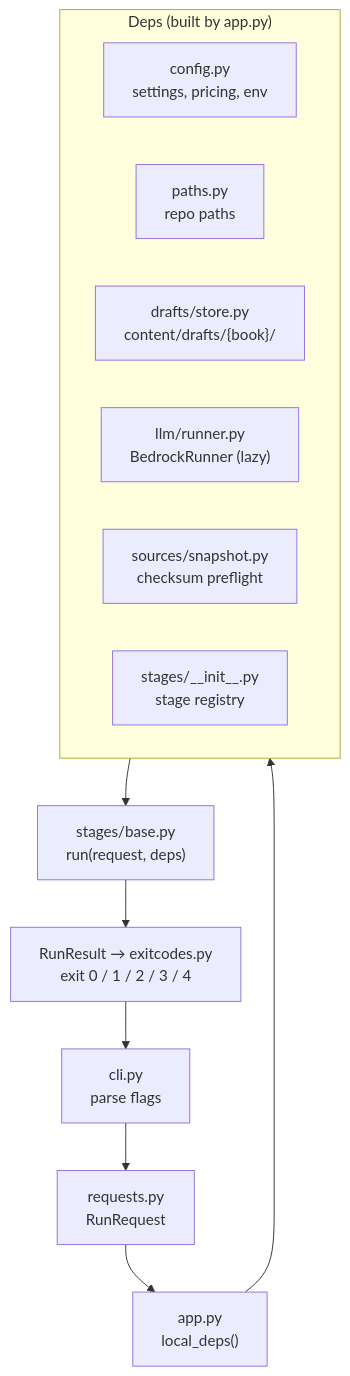
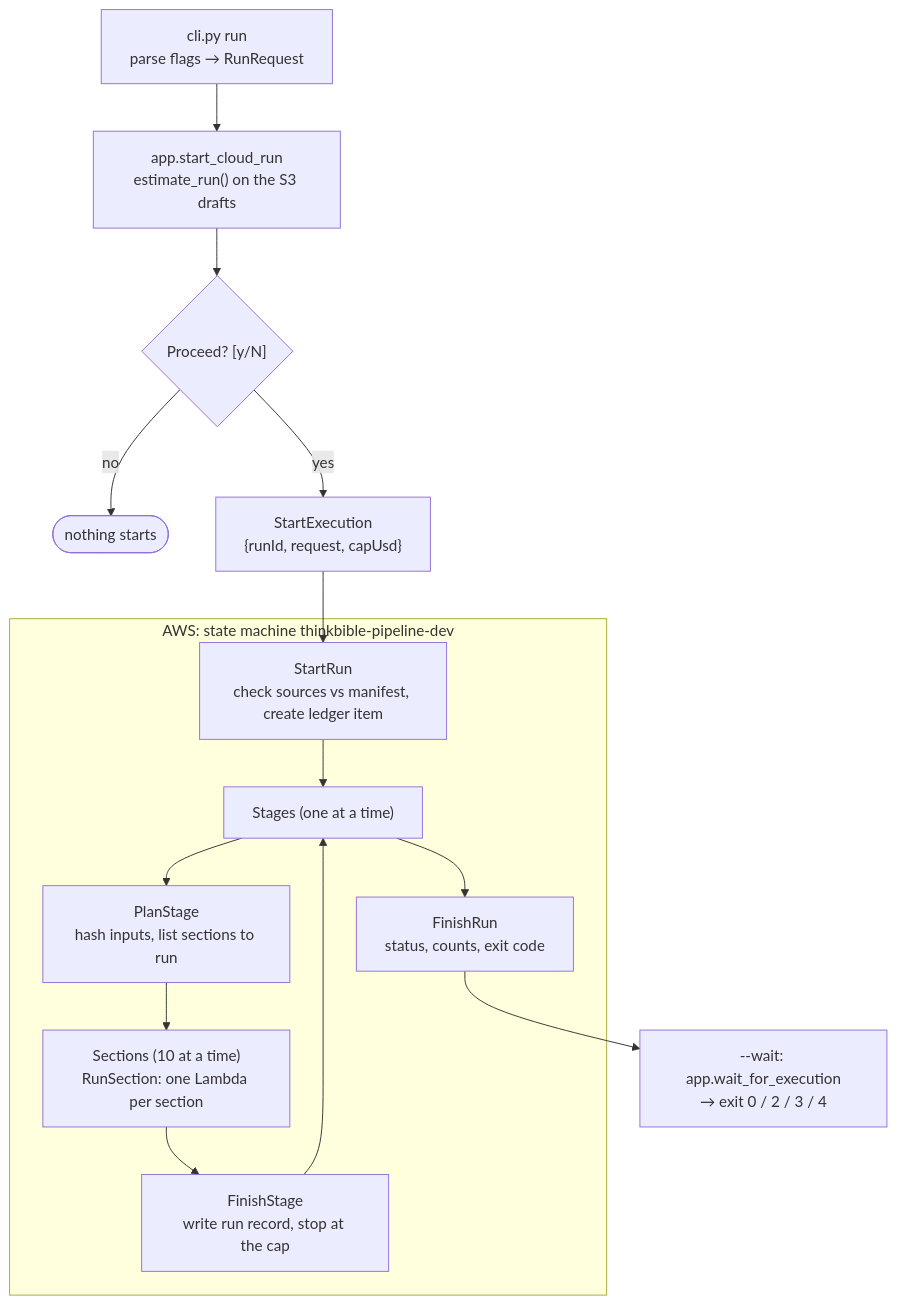
Before and after one commit to austin-english/thinkBible: the first of 2 diagrams in pipeline/src/thinkbible_pipeline/README.md, drawn with Mermaid. The commit also changed other lines of this file and 46 other files, not shown here.

Commit message:
pipeline: cloud runs on Step Functions + Lambda (T087-T094) and infra: storage and pipeline modules, dev env (T037, T093)

````diff
--- a/pipeline/src/thinkbible_pipeline/README.md
+++ b/pipeline/src/thinkbible_pipeline/README.md
@@ -13,19 +12,20 @@
 ```mermaid
 flowchart TD
-    CLI["cli.py<br/>parse flags"] --> REQ["requests.py<br/>RunRequest"]
-    REQ --> APP["app.py<br/>local_deps()"]
+    CLI["cli.py run<br/>parse flags → RunRequest"] --> EST["app.start_cloud_run<br/>estimate_run() on the S3 drafts"]
+    EST --> OK{"Proceed? [y/N]"}
+    OK -- no --> STOP(["nothing starts"])
+    OK -- yes --> SFN["StartExecution<br/>{runId, request, capUsd}"]
 
-    subgraph deps ["Deps (built by app.py)"]
-        CFG["config.py<br/>settings, pricing, env"]
-        PATHS["paths.py<br/>repo paths"]
-        STORE["drafts/store.py<br/>content/drafts/{book}/"]
-        RUNNER["llm/runner.py<br/>BedrockRunner (lazy)"]
-        PRE["sources/snapshot.py<br/>checksum preflight"]
-        REG["stages/__init__.py<br/>stage registry"]
+    subgraph aws ["AWS: state machine thinkbible-pipeline-dev"]
+        SR["StartRun<br/>check sources vs manifest, create ledger item"]
+        SR --> ST["Stages (one at a time)"]
+        ST --> PS["PlanStage<br/>hash inputs, list sections to run"]
+        PS --> SEC["Sections (10 at a time)<br/>RunSection: one Lambda per section"]
+        SEC --> FS["FinishStage<br/>write run record, stop at the cap"]
+        FS --> ST
+        ST --> FR["FinishRun<br/>status, counts, exit code"]
     end
 
-    APP --> deps
-    deps --> RUN["stages/base.py<br/>run(request, deps)"]
-    RUN --> RESULT["RunResult → exitcodes.py<br/>exit 0 / 1 / 2 / 3 / 4"]
-    RESULT --> CLI
+    SFN --> SR
+    FR --> WAIT["--wait: app.wait_for_execution<br/>→ exit 0 / 2 / 3 / 4"]
 ```
````
